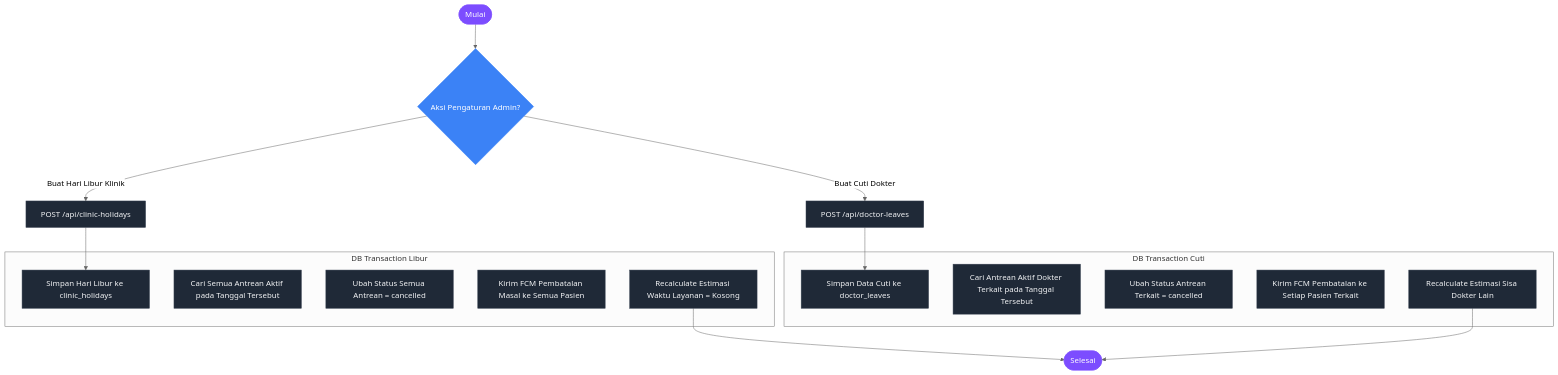
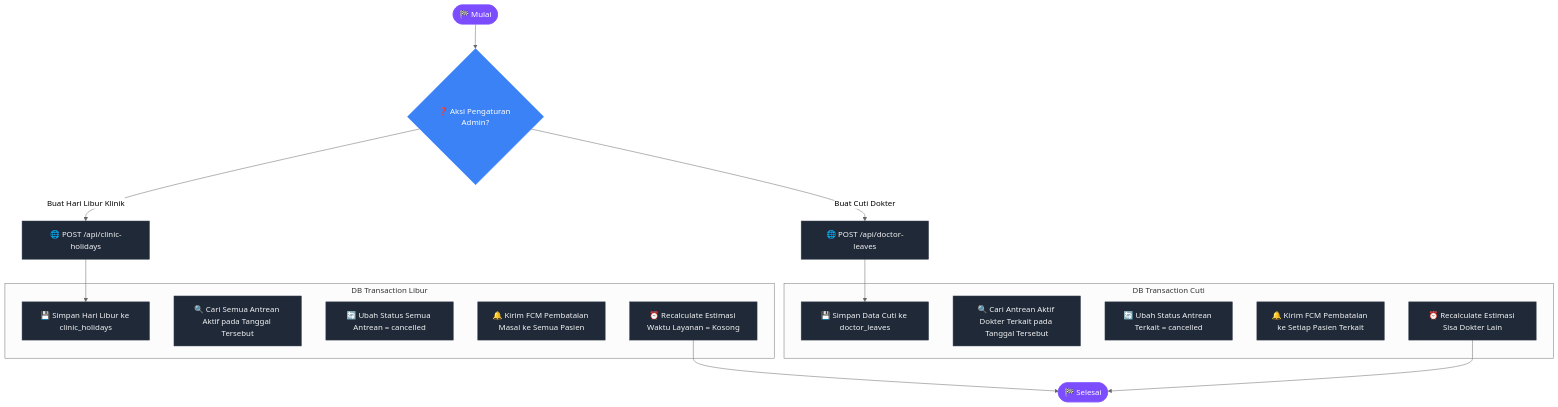
The ninth of 9 diagrams in dokumentasi/ALUR_BISNIS.md (Rezi14/NalaSeva-Mobile-Test), drawn with Mermaid (neutral theme) before and after one commit. The commit also changed other lines of this file, not shown here.

````diff
--- a/dokumentasi/ALUR_BISNIS.md
+++ b/dokumentasi/ALUR_BISNIS.md
@@ -406,32 +406,32 @@
 ```mermaid
 flowchart TD
     classDef default fill:#1f2937,stroke:#374151,stroke-width:1px,color:#f3f4f6;
     classDef startEnd fill:#7c4dff,stroke:#7c4dff,color:#fff;
     classDef decision fill:#3b82f6,stroke:#3b82f6,color:#fff;
 
-    Start([Mulai]):::startEnd --> Action{Aksi Pengaturan Admin?}:::decision
+    Start([🏁 Mulai]):::startEnd --> Action{❓ Aksi Pengaturan Admin?}:::decision
     
-    Action -- Buat Hari Libur Klinik --> Holiday[POST /api/clinic-holidays]
+    Action -- Buat Hari Libur Klinik --> Holiday[🌐 POST /api/clinic-holidays]
     subgraph DB Transaction Libur
-        H1[Simpan Hari Libur ke clinic_holidays]
-        H2[Cari Semua Antrean Aktif pada Tanggal Tersebut]
-        H3[Ubah Status Semua Antrean = cancelled]
-        H4[Kirim FCM Pembatalan Masal ke Semua Pasien]
-        H5[Recalculate Estimasi Waktu Layanan = Kosong]
+        H1[💾 Simpan Hari Libur ke clinic_holidays]
+        H2[🔍 Cari Semua Antrean Aktif pada Tanggal Tersebut]
+        H3[🔄 Ubah Status Semua Antrean = cancelled]
+        H4[🔔 Kirim FCM Pembatalan Masal ke Semua Pasien]
+        H5[⏰ Recalculate Estimasi Waktu Layanan = Kosong]
     end
     Holiday --> H1
     H5 --> Done
     
-    Action -- Buat Cuti Dokter --> Leave[POST /api/doctor-leaves]
+    Action -- Buat Cuti Dokter --> Leave[🌐 POST /api/doctor-leaves]
     subgraph DB Transaction Cuti
-        L1[Simpan Data Cuti ke doctor_leaves]
-        L2[Cari Antrean Aktif Dokter Terkait pada Tanggal Tersebut]
-        L3[Ubah Status Antrean Terkait = cancelled]
-        L4[Kirim FCM Pembatalan ke Setiap Pasien Terkait]
-        L5[Recalculate Estimasi Sisa Dokter Lain]
+        L1[💾 Simpan Data Cuti ke doctor_leaves]
+        L2[🔍 Cari Antrean Aktif Dokter Terkait pada Tanggal Tersebut]
+        L3[🔄 Ubah Status Antrean Terkait = cancelled]
+        L4[🔔 Kirim FCM Pembatalan ke Setiap Pasien Terkait]
+        L5[⏰ Recalculate Estimasi Sisa Dokter Lain]
     end
     Leave --> L1
     L5 --> Done
     
-    Done([Selesai]):::startEnd
+    Done([🏁 Selesai]):::startEnd
 ```
````
